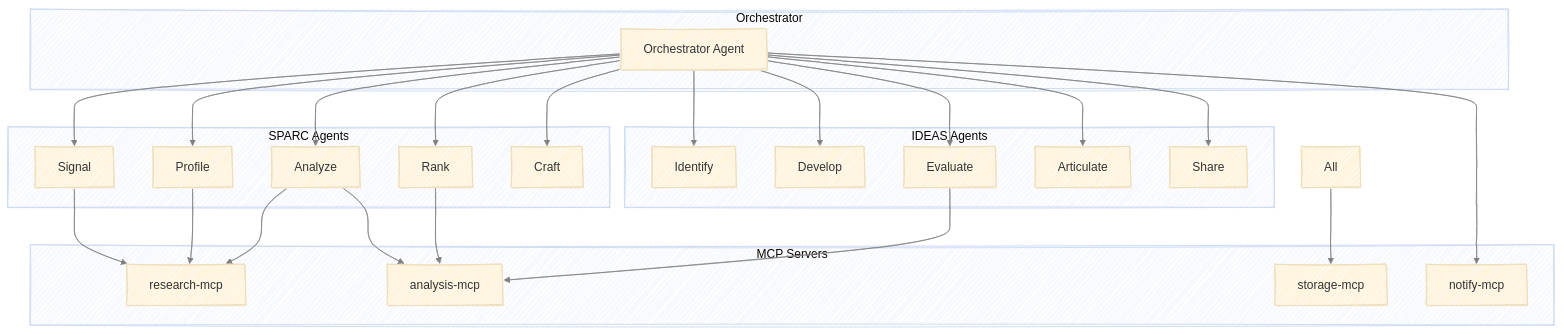
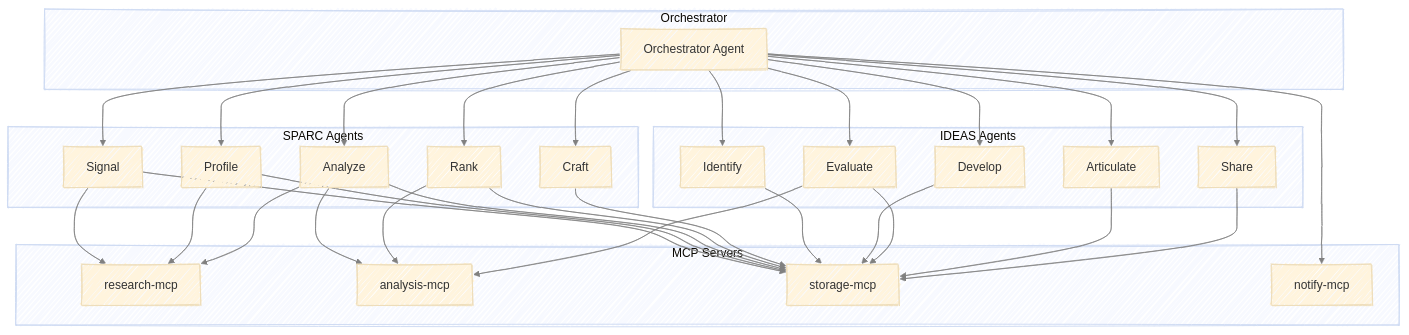
Before and after one commit to athrael-soju/framework-generator: the first of 4 diagrams in implementation/Agent_Architecture.md, drawn with Mermaid. The commit also changed 2 other files, not shown here.

Commit message:
Fix documentation issues: Mermaid syntax, README structure, duplicate text
- Fix invalid Mermaid syntax in Agent_Architecture.md (All --> Storage)
- Update README.md to include SPARC_Skills.md and IDEAS_Skills.md
- Remove duplicate outcome line in Examples.md

````diff
--- a/implementation/Agent_Architecture.md
+++ b/implementation/Agent_Architecture.md
@@ -5,45 +5,46 @@
 ```mermaid
 ---
 config:
   layout: dagre
   look: handDrawn
   theme: base
   themeVariables:
     lineColor: gray
 ---
 flowchart TB
     subgraph Orchestrator
         O["Orchestrator Agent"]
     end
     
     subgraph SPARC ["SPARC Agents"]
         S_Agent["Signal"]
         P_Agent["Profile"]
         A_Agent["Analyze"]
         R_Agent["Rank"]
         C_Agent["Craft"]
     end
     
     subgraph IDEAS ["IDEAS Agents"]
         I_Agent["Identify"]
         D_Agent["Develop"]
         E_Agent["Evaluate"]
         Ar_Agent["Articulate"]
         Sh_Agent["Share"]
     end
     
     subgraph MCP ["MCP Servers"]
         Research["research-mcp"]
         Analysis["analysis-mcp"]
         Storage["storage-mcp"]
         Notify["notify-mcp"]
     end
     
     O --> S_Agent & P_Agent & A_Agent & R_Agent & C_Agent
     O --> I_Agent & D_Agent & E_Agent & Ar_Agent & Sh_Agent
     
     S_Agent & P_Agent & A_Agent --> Research
     A_Agent & R_Agent & E_Agent --> Analysis
-    All --> Storage
+    S_Agent & P_Agent & A_Agent & R_Agent & C_Agent --> Storage
+    I_Agent & D_Agent & E_Agent & Ar_Agent & Sh_Agent --> Storage
     O --> Notify
 ```
````
